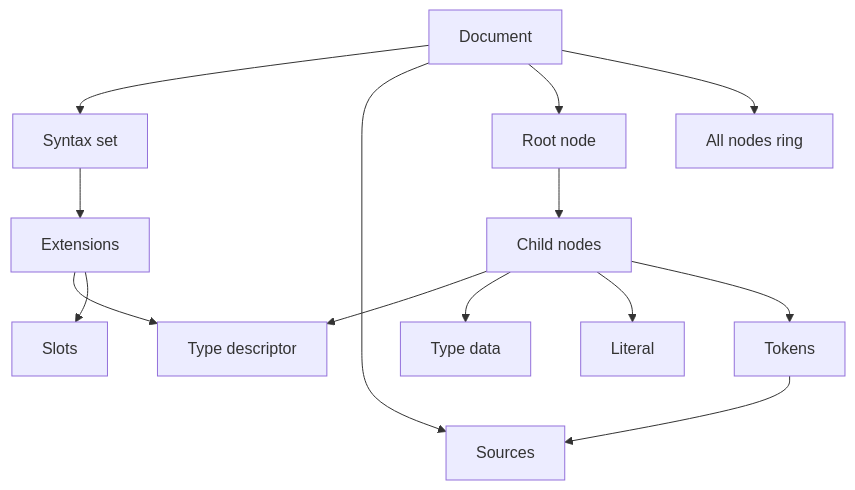
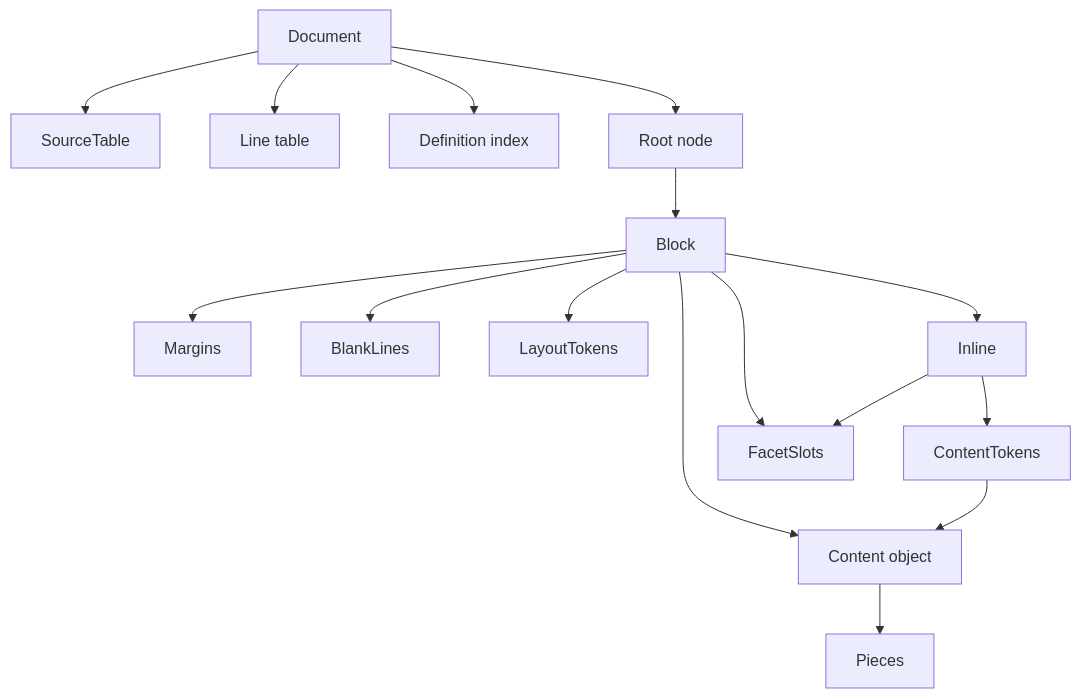
One commit to ktdevx/amark-private2 changed the fourth of 4 diagrams in .kiro/specs/syntax-tree/design.md. Above: the diagram before and after it, drawn with Mermaid. The commit also changed other lines of this file and 3 other files, not shown here.

````diff
--- a/.kiro/specs/syntax-tree/design.md
+++ b/.kiro/specs/syntax-tree/design.md
@@ -1082,16 +1050,18 @@
 ```mermaid
 graph TB
-    Document --> SyntaxSetRef[Syntax set]
-    Document --> Sources
-    Document --> Root[Root node]
-    Document --> AllNodes[All nodes ring]
-    Root --> Children[Child nodes]
-    Children --> TypeDesc[Type descriptor]
-    Children --> TypeData[Type data]
-    Children --> Literal
-    Children --> TokenList[Tokens]
-    TokenList --> Sources
-    SyntaxSetRef --> Extensions
-    Extensions --> TypeDesc
-    Extensions --> Slots
+    Document --> SourceTable
+    Document --> LineTableData[Line table]
+    Document --> DefIndexData[Definition index]
+    Document --> RootNode[Root node]
+    RootNode --> Block
+    Block --> Margins
+    Block --> BlankLines
+    Block --> LayoutTokens
+    Block --> ContentObj[Content object]
+    ContentObj --> Pieces
+    Block --> Inline
+    Inline --> ContentTokens
+    ContentTokens --> ContentObj
+    Block --> FacetSlots
+    Inline --> FacetSlots
 ```
````
